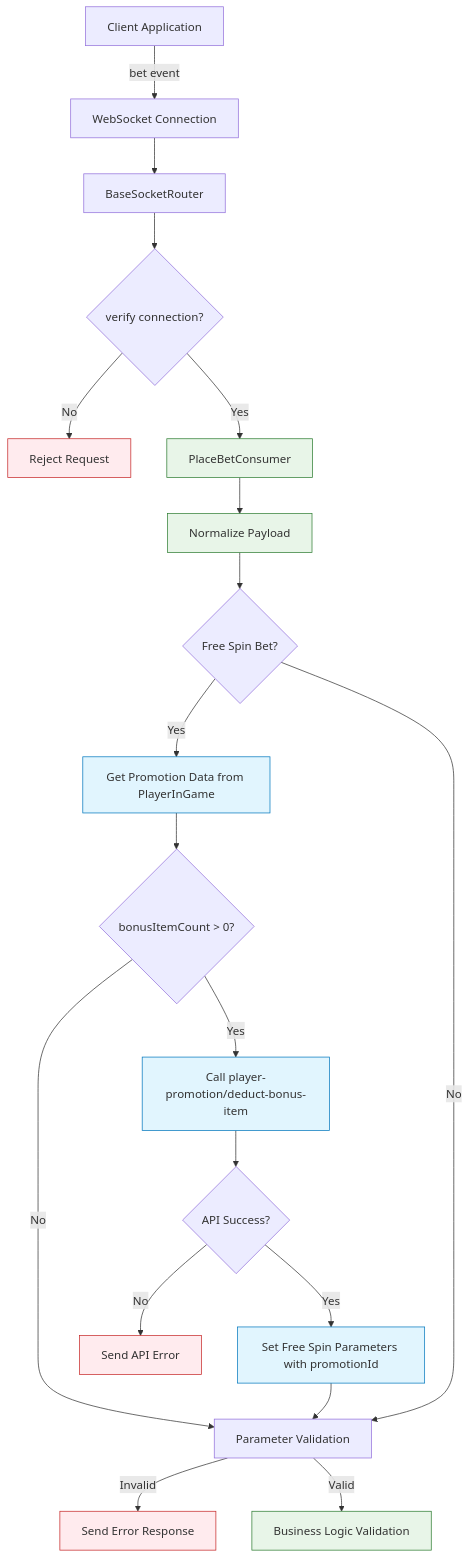
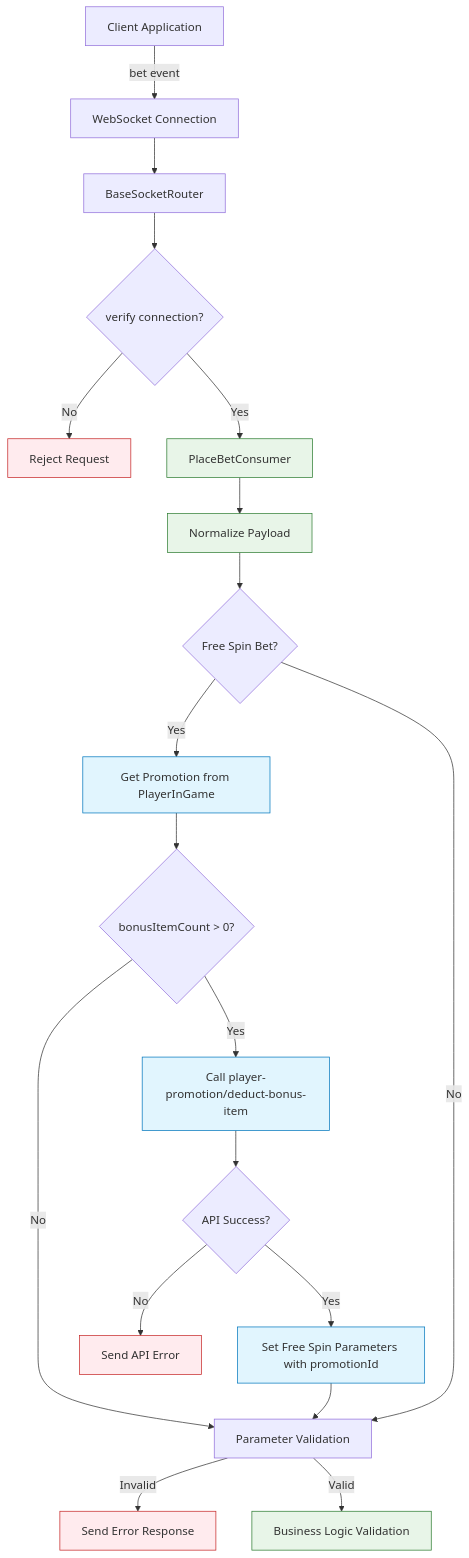
The third of 9 diagrams in diagrams/place-bet-flow-diagram.md (starixvn/l1_sc-packages_sc-game-base), drawn with Mermaid before and after one commit. The commit also changed other lines of this file and 2 other files, not shown here.

Commit message:
docs: update promotion object

````diff
--- a/diagrams/place-bet-flow-diagram.md
+++ b/diagrams/place-bet-flow-diagram.md
@@ -67,32 +67,32 @@
 ```mermaid
 flowchart TD
     Client[Client Application] -->|bet event| Socket[WebSocket Connection]
     Socket --> Router[BaseSocketRouter]
     Router --> Verify{verify connection?}
     Verify -->|No| Reject[Reject Request]
     Verify -->|Yes| Consumer[PlaceBetConsumer]
     Consumer --> Normalize[Normalize Payload]
     Normalize --> CheckFreeSpin{Free Spin Bet?}
 
-    CheckFreeSpin -->|Yes| GetPromotionData[Get Promotion Data from PlayerInGame]
+    CheckFreeSpin -->|Yes| GetPromotion[Get Promotion from PlayerInGame]
     CheckFreeSpin -->|No| ParamCheck[Parameter Validation]
 
-    GetPromotionData --> CheckBonusCount{bonusItemCount > 0?}
+    GetPromotion --> CheckBonusCount{bonusItemCount > 0?}
     CheckBonusCount -->|No| ParamCheck
     CheckBonusCount -->|Yes| DeductBonus[Call player-promotion/deduct-bonus-item]
     DeductBonus --> BonusSuccess{API Success?}
     BonusSuccess -->|No| BonusError[Send API Error]
     BonusSuccess -->|Yes| SetFreeSpinParams[Set Free Spin Parameters with promotionId]
     SetFreeSpinParams --> ParamCheck
 
     ParamCheck -->|Invalid| ErrorResponse[Send Error Response]
     ParamCheck -->|Valid| BetValidation[Business Logic Validation]
 
     classDef errorStyle fill:#ffebee,stroke:#c62828
     classDef successStyle fill:#e8f5e8,stroke:#2e7d32
     classDef apiStyle fill:#e1f5fe,stroke:#0277bd
 
     class Reject,ErrorResponse,BonusError errorStyle
     class Consumer,Normalize,BetValidation successStyle
-    class GetPromotionData,DeductBonus,SetFreeSpinParams apiStyle
+    class GetPromotion,DeductBonus,SetFreeSpinParams apiStyle
 ```
````
